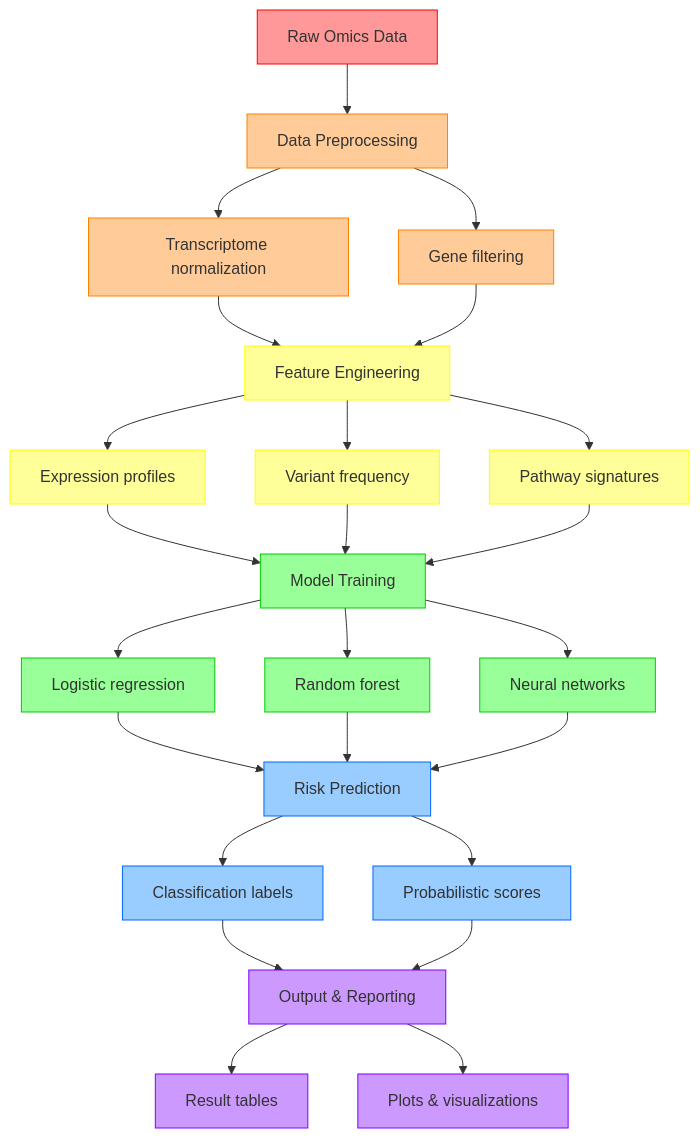
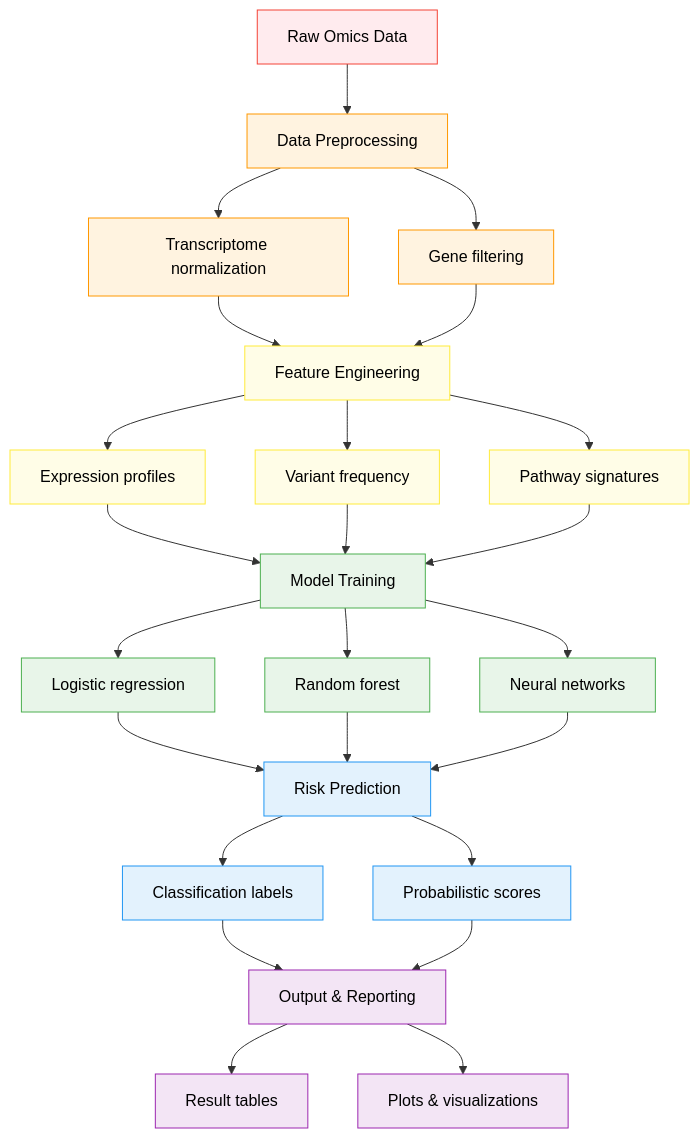
The diagram in README.md (Aridoge13/Kabosu), drawn with Mermaid before and after one commit.

````diff
--- a/README.md
+++ b/README.md
@@ -26,50 +26,50 @@
 ```mermaid
 flowchart TD
     A[Raw Omics Data] --> B[Data Preprocessing]
     B --> C[Transcriptome normalization]
     B --> D[Gene filtering]
     
     C --> E[Feature Engineering]
     D --> E
     E --> F[Expression profiles]
     E --> G[Variant frequency]
     E --> H[Pathway signatures]
     
     F --> I[Model Training]
     G --> I
     H --> I
     I --> J[Logistic regression]
     I --> K[Random forest]
     I --> L[Neural networks]
     
     J --> M[Risk Prediction]
     K --> M
     L --> M
     M --> N[Classification labels]
     M --> O[Probabilistic scores]
     
     N --> P[Output & Reporting]
     O --> P
     P --> Q[Result tables]
     P --> R[Plots & visualizations]
 
 %% Color definitions (must be at the end, no inline comments)
-    style A fill:#ff9999,stroke:#ff0000  
-    style B fill:#ffcc99,stroke:#ff8000 
-    style C fill:#ffcc99,stroke:#ff8000
-    style D fill:#ffcc99,stroke:#ff8000
-    style E fill:#ffff99,stroke:#ffff00  
-    style F fill:#ffff99,stroke:#ffff00
-    style G fill:#ffff99,stroke:#ffff00
-    style H fill:#ffff99,stroke:#ffff00
-    style I fill:#99ff99,stroke:#00cc00  
-    style J fill:#99ff99,stroke:#00cc00
-    style K fill:#99ff99,stroke:#00cc00
-    style L fill:#99ff99,stroke:#00cc00
-    style M fill:#99ccff,stroke:#0066ff 
-    style N fill:#99ccff,stroke:#0066ff
-    style O fill:#99ccff,stroke:#0066ff
-    style P fill:#cc99ff,stroke:#8000ff  
-    style Q fill:#cc99ff,stroke:#8000ff
-    style R fill:#cc99ff,stroke:#8000ff
+    style A fill:#ffebee,stroke:#f44336,color:#000000
+    style B fill:#fff3e0,stroke:#ff9800,color:#000000
+    style C fill:#fff3e0,stroke:#ff9800,color:#000000
+    style D fill:#fff3e0,stroke:#ff9800,color:#000000
+    style E fill:#fffde7,stroke:#ffeb3b,color:#000000
+    style F fill:#fffde7,stroke:#ffeb3b,color:#000000
+    style G fill:#fffde7,stroke:#ffeb3b,color:#000000
+    style H fill:#fffde7,stroke:#ffeb3b,color:#000000
+    style I fill:#e8f5e9,stroke:#4caf50,color:#000000
+    style J fill:#e8f5e9,stroke:#4caf50,color:#000000
+    style K fill:#e8f5e9,stroke:#4caf50,color:#000000
+    style L fill:#e8f5e9,stroke:#4caf50,color:#000000
+    style M fill:#e3f2fd,stroke:#2196f3,color:#000000
+    style N fill:#e3f2fd,stroke:#2196f3,color:#000000
+    style O fill:#e3f2fd,stroke:#2196f3,color:#000000
+    style P fill:#f3e5f5,stroke:#9c27b0,color:#000000
+    style Q fill:#f3e5f5,stroke:#9c27b0,color:#000000
+    style R fill:#f3e5f5,stroke:#9c27b0,color:#000000
 ```
````
